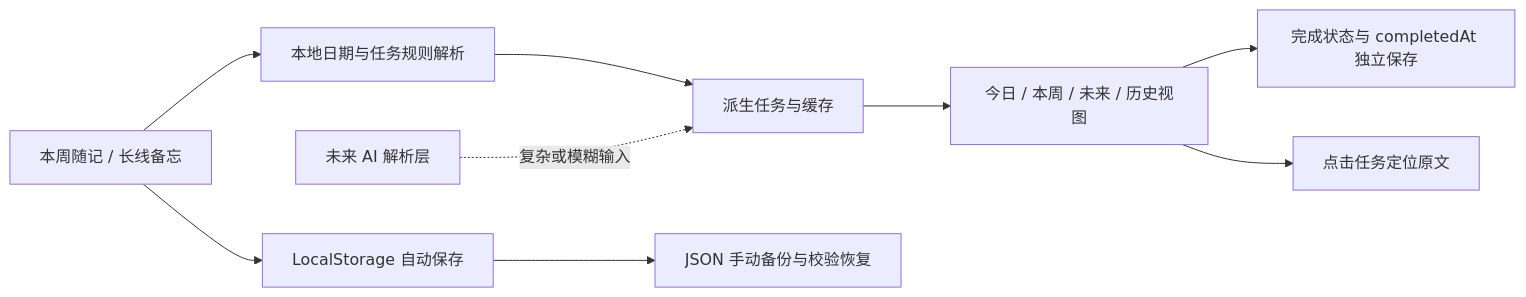
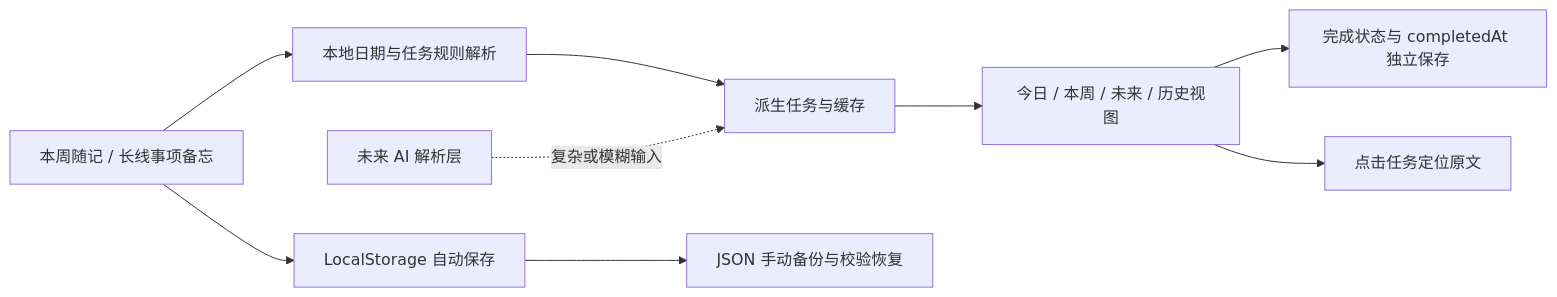
Before and after one commit to yadingW/ddl-assistant: the diagram in docs/DECISIONS_AND_ARCHITECTURE.md, drawn with Mermaid. The commit also changed other lines of this file and 7 other files, not shown here.

````diff
--- a/docs/DECISIONS_AND_ARCHITECTURE.md
+++ b/docs/DECISIONS_AND_ARCHITECTURE.md
@@ -215,11 +215,11 @@
 ```mermaid
 flowchart LR
-    A[本周随记 / 长线备忘] --> B[LocalStorage 自动保存]
+    A[本周随记 / 长线事项备忘] --> B[LocalStorage 自动保存]
     A --> C[本地日期与任务规则解析]
     C --> D[派生任务与缓存]
     D --> E[今日 / 本周 / 未来 / 历史视图]
     E --> F[完成状态与 completedAt 独立保存]
     E --> G[点击任务定位原文]
     B --> H[JSON 手动备份与校验恢复]
     I[未来 AI 解析层] -.复杂或模糊输入.-> D
 ```
````
